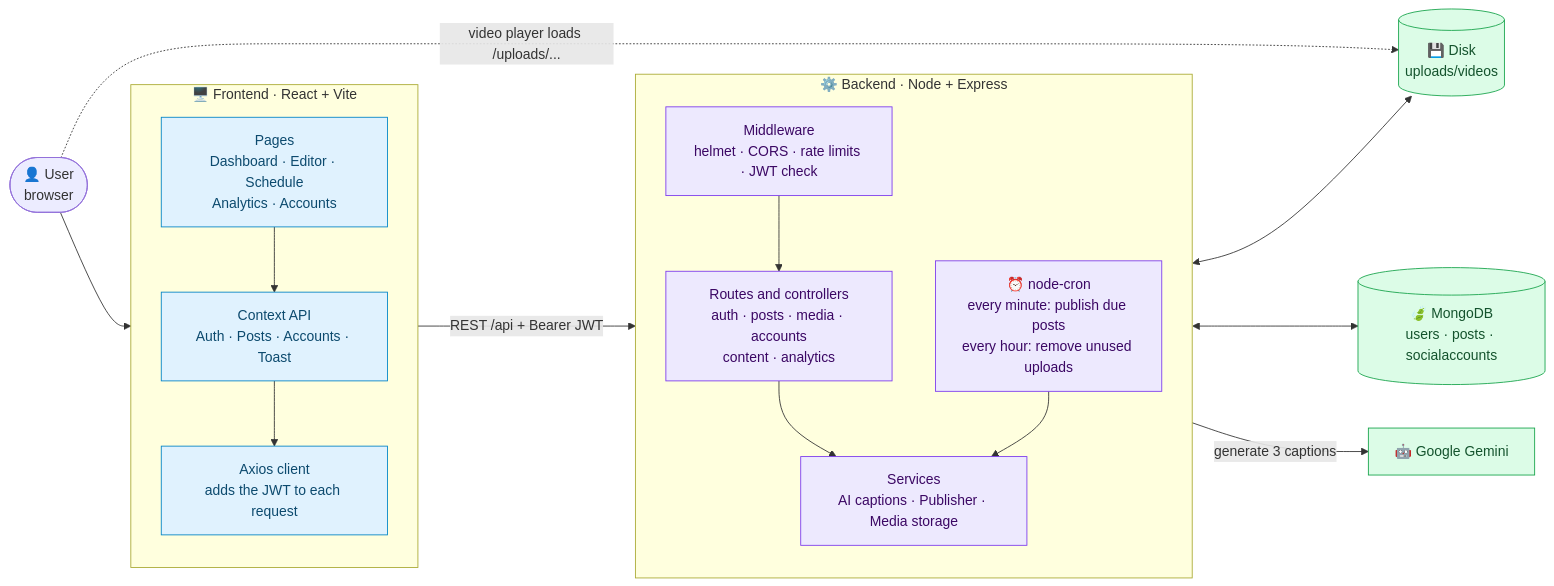
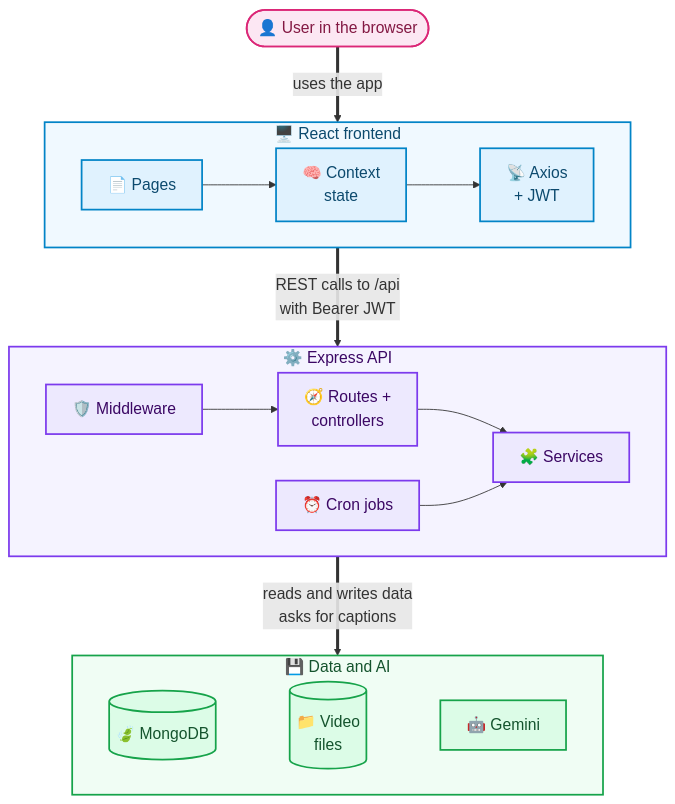
Before and after one commit to anurag-joshi-1403/Social_Sync_Webapp: the second of 12 diagrams in README.md, drawn with Mermaid. The commit also changed other lines of this file, not shown here.

Commit message:
docs: update README to enhance architecture and system overview sections

````diff
--- a/README.md
+++ b/README.md
@@ -156,40 +175,37 @@
 ```mermaid
-flowchart LR
-    U(["👤 User<br/>browser"])
+%%{init: {"themeVariables": {"fontSize": "18px"}, "flowchart": {"nodeSpacing": 40, "rankSpacing": 60}}}%%
+flowchart TD
+    U(["👤 User in the browser"])
 
-    subgraph FE["🖥️ Frontend · React + Vite"]
-        direction TB
-        UI["Pages<br/>Dashboard · Editor · Schedule<br/>Analytics · Accounts"]
-        CTX["Context API<br/>Auth · Posts · Accounts · Toast"]
-        AX["Axios client<br/>adds the JWT to each request"]
-        UI --> CTX --> AX
+    subgraph FE["🖥️ React frontend"]
+        direction LR
+        UI["📄 Pages"] --> CTX["🧠 Context<br/>state"] --> AX["📡 Axios<br/>+ JWT"]
     end
 
-    subgraph BE["⚙️ Backend · Node + Express"]
-        direction TB
-        MW["Middleware<br/>helmet · CORS · rate limits · JWT check"]
-        RT["Routes and controllers<br/>auth · posts · media · accounts<br/>content · analytics"]
-        SV["Services<br/>AI captions · Publisher · Media storage"]
-        CR["⏰ node-cron<br/>every minute: publish due posts<br/>every hour: remove unused uploads"]
-        MW --> RT --> SV
-        CR --> SV
+    subgraph BE["⚙️ Express API"]
+        direction LR
+        MW["🛡️ Middleware"] --> RT["🧭 Routes +<br/>controllers"] --> SV["🧩 Services"]
+        CR["⏰ Cron jobs"] --> SV
     end
 
-    DB[("🍃 MongoDB<br/>users · posts · socialaccounts")]
-    FS[("💾 Disk<br/>uploads/videos")]
-    AI["🤖 Google Gemini"]
+    subgraph DATA["💾 Data and AI"]
+        direction LR
+        DB[("🍃 MongoDB")] ~~~ FS[("📁 Video<br/>files")] ~~~ AI["🤖 Gemini"]
+    end
 
-    U --> UI
-    AX -- "REST /api + Bearer JWT" --> MW
-    U -. "video player loads /uploads/..." .-> FS
-    SV <--> DB
-    SV <--> FS
-    SV -- "generate 3 captions" --> AI
+    U == "uses the app" ==> FE
+    FE == "REST calls to /api<br/>with Bearer JWT" ==> BE
+    BE == "reads and writes data<br/>asks for captions" ==> DATA
 
-    classDef fe fill:#E0F2FE,stroke:#0284C7,color:#0C4A6E
-    classDef be fill:#EDE9FE,stroke:#7C3AED,color:#3B0764
-    classDef ext fill:#DCFCE7,stroke:#16A34A,color:#14532D
+    classDef user fill:#FCE7F3,stroke:#DB2777,stroke-width:2px,color:#831843
+    classDef fe fill:#E0F2FE,stroke:#0284C7,stroke-width:2px,color:#0C4A6E
+    classDef be fill:#EDE9FE,stroke:#7C3AED,stroke-width:2px,color:#3B0764
+    classDef data fill:#DCFCE7,stroke:#16A34A,stroke-width:2px,color:#14532D
+    class U user
     class UI,CTX,AX fe
     class MW,RT,SV,CR be
-    class DB,FS,AI ext
+    class DB,FS,AI data
+    style FE fill:#F0F9FF,stroke:#0284C7,stroke-width:2px,color:#0C4A6E
+    style BE fill:#F5F3FF,stroke:#7C3AED,stroke-width:2px,color:#3B0764
+    style DATA fill:#F0FDF4,stroke:#16A34A,stroke-width:2px,color:#14532D
 ```
````
